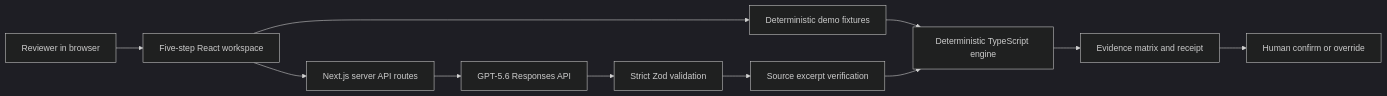
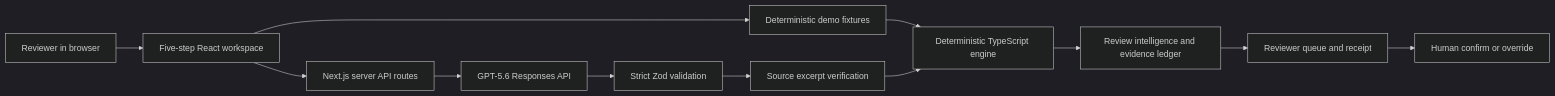
One commit to selisensei/policyproof changed the diagram in README.md. Above: the diagram before and after it, drawn with Mermaid (dark theme). The commit also changed other lines of this file and 16 other files, not shown here.

````diff
--- a/README.md
+++ b/README.md
@@ -129,13 +140,14 @@
 ```mermaid
 flowchart LR
     U["Reviewer in browser"] --> W["Five-step React workspace"]
     W --> D["Deterministic demo fixtures"]
     W --> A["Next.js server API routes"]
     A --> G["GPT-5.6 Responses API"]
     G --> Z["Strict Zod validation"]
     D --> E["Deterministic TypeScript engine"]
     Z --> X["Source excerpt verification"]
     X --> E
-    E --> R["Evidence matrix and receipt"]
+    E --> I["Review intelligence and evidence ledger"]
+    I --> R["Reviewer queue and receipt"]
     R --> H["Human confirm or override"]
 ```
````
